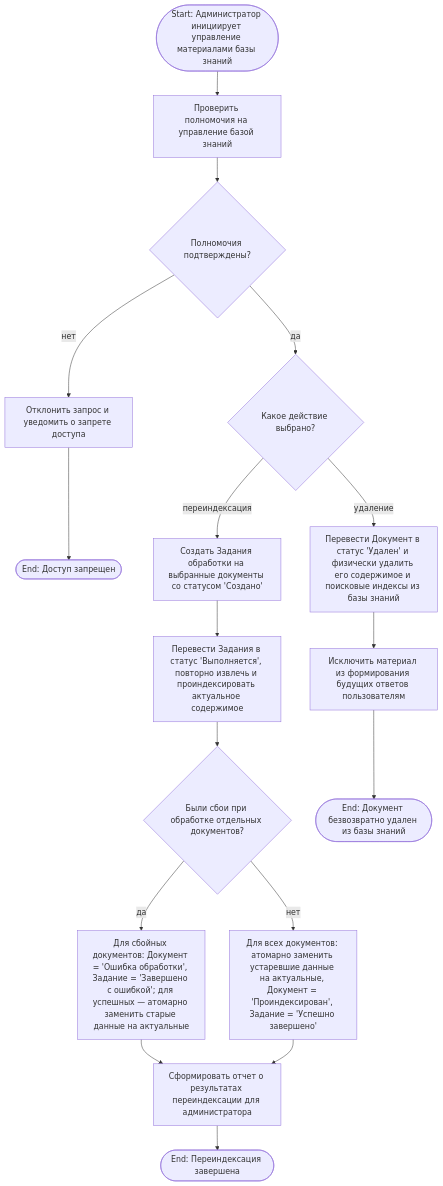
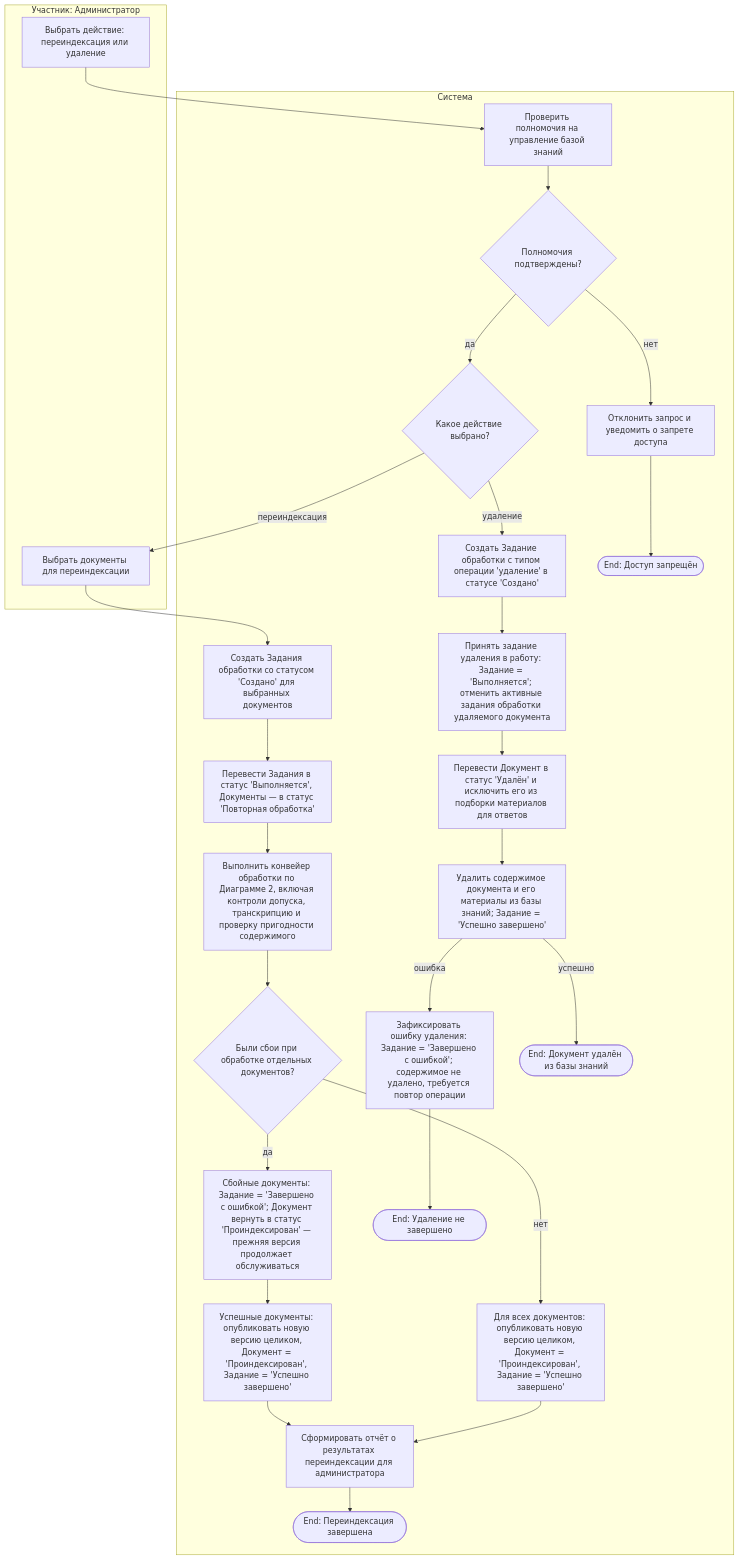
One commit to adsfryt/AI-chat-knowledge-bot changed the third of 3 diagrams in 1-task/3/README.md. Above: the diagram before and after it, drawn with Mermaid. The commit also changed other lines of this file, not shown here.

First line of the commit message:
Задание 3: устранены технические детали и логические разрывы в диаграммах деятельности

````diff
--- a/1-task/3/README.md
+++ b/1-task/3/README.md
@@ -96,19 +211,55 @@
 ```mermaid
 flowchart TD
-    S(["Start: Администратор инициирует управление материалами базы знаний"]) --> B1["Проверить полномочия на управление базой знаний"]
-    B1 --> D0{"Полномочия подтверждены?"}
-    D0 -->|нет| E_NO_PERM["Отклонить запрос и уведомить о запрете доступа"]
-    E_NO_PERM --> E_EXIT(["End: Доступ запрещен"])
-    D0 -->|да| D1{"Какое действие выбрано?"}
-    D1 -->|переиндексация| B2["Создать Задания обработки на выбранные документы со статусом 'Создано'"]
-    B2 --> W1["Перевести Задания в статус 'Выполняется', повторно извлечь и проиндексировать актуальное содержимое"]
-    W1 --> D2{"Были сбои при обработке отдельных документов?"}
-    D2 -->|да| B3["Для сбойных документов: Документ = 'Ошибка обработки', Задание = 'Завершено с ошибкой'; для успешных — атомарно заменить старые данные на актуальные"]
-    D2 -->|нет| B4["Для всех документов: атомарно заменить устаревшие данные на актуальные, Документ = 'Проиндексирован', Задание = 'Успешно завершено'"]
-    B3 --> RPT["Сформировать отчет о результатах переиндексации для администратора"]
-    B4 --> RPT
-    RPT --> E_REINDEX_DONE(["End: Переиндексация завершена"])
-    D1 -->|удаление| B5["Перевести Документ в статус 'Удален' и физически удалить его содержимое и поисковые индексы из базы знаний"]
-    B5 --> B6["Исключить материал из формирования будущих ответов пользователям"]
-    B6 --> E_DEL_DONE(["End: Документ безвозвратно удален из базы знаний"])
+    S(["Start: Администратор инициирует актуализацию материалов базы знаний"])
+    subgraph U ["Участник: Администратор"]
+        A1["Выбрать действие: переиндексация или удаление"]
+        A2["Выбрать документы для переиндексации"]
+    end
+    subgraph S ["Система"]
+        B1["Проверить полномочия на управление базой знаний"]
+        D0{"Полномочия подтверждены?"}
+        E_NO_PERM["Отклонить запрос и уведомить о запрете доступа"]
+        D1{"Какое действие выбрано?"}
+        B2["Создать Задания обработки со статусом 'Создано' для выбранных документов"]
+        B3["Перевести Задания в статус 'Выполняется', Документы — в статус 'Повторная обработка'"]
+        B4["Выполнить конвейер обработки по Диаграмме 2, включая контроли допуска, транскрипцию и проверку пригодности содержимого"]
+        D2{"Были сбои при обработке отдельных документов?"}
+        B5["Сбойные документы: Задание = 'Завершено с ошибкой'; Документ вернуть в статус 'Проиндексирован' — прежняя версия продолжает обслуживаться"]
+        B6["Успешные документы: опубликовать новую версию целиком, Документ = 'Проиндексирован', Задание = 'Успешно завершено'"]
+        B7["Для всех документов: опубликовать новую версию целиком, Документ = 'Проиндексирован', Задание = 'Успешно завершено'"]
+        RPT["Сформировать отчёт о результатах переиндексации для администратора"]
+        B8["Создать Задание обработки с типом операции 'удаление' в статусе 'Создано'"]
+        B9["Принять задание удаления в работу: Задание = 'Выполняется'; отменить активные задания обработки удаляемого документа"]
+        B10["Перевести Документ в статус 'Удалён' и исключить его из подборки материалов для ответов"]
+        B11["Удалить содержимое документа и его материалы из базы знаний; Задание = 'Успешно завершено'"]
+        F2["Зафиксировать ошибку удаления: Задание = 'Завершено с ошибкой'; содержимое не удалено, требуется повтор операции"]
+        E_REINDEX(["End: Переиндексация завершена"])
+        E_DEL(["End: Документ удалён из базы знаний"])
+        E_DEL_ERR(["End: Удаление не завершено"])
+        E_EXIT(["End: Доступ запрещён"])
+    end
+
+    A1 --> B1
+    B1 --> D0
+    D0 -->|нет| E_NO_PERM
+    E_NO_PERM --> E_EXIT
+    D0 -->|да| D1
+    D1 -->|переиндексация| A2
+    A2 --> B2
+    B2 --> B3
+    B3 --> B4
+    B4 --> D2
+    D2 -->|да| B5
+    B5 --> B6
+    D2 -->|нет| B7
+    B6 --> RPT
+    B7 --> RPT
+    RPT --> E_REINDEX
+    D1 -->|удаление| B8
+    B8 --> B9
+    B9 --> B10
+    B10 --> B11
+    B11 -->|успешно| E_DEL
+    B11 -->|ошибка| F2
+    F2 --> E_DEL_ERR
 ```
````
